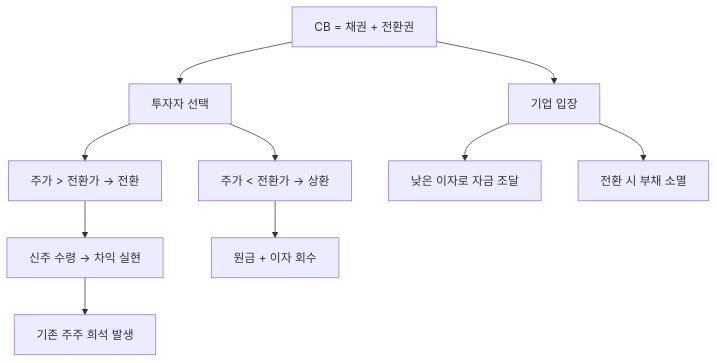
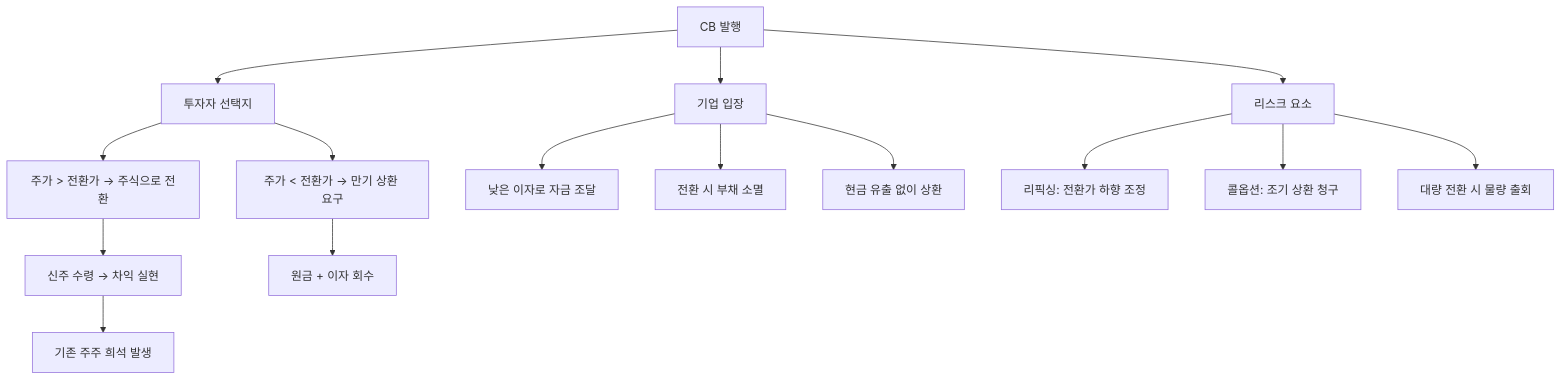
One commit to yeongseon/stock-visual-note changed the diagram in content/stock-terms/ko/level-07-earnings/convertible-bond.md. Above: the diagram before and after it, drawn with Mermaid. The commit also changed other lines of this file and 9 other files, not shown here.

Commit message:
content: rewrite level-07 (10 articles) — richer diagrams, realistic scenarios, blog tone

````diff
--- a/content/stock-terms/ko/level-07-earnings/convertible-bond.md
+++ b/content/stock-terms/ko/level-07-earnings/convertible-bond.md
@@ -42,13 +43,18 @@
 ```mermaid
 graph TD
-    A["CB = 채권 + 전환권"]
-    A --> B["투자자 선택"]
+    A["CB 발행"]
+    A --> B["투자자 선택지"]
     A --> C["기업 입장"]
-    B --> B1["주가 > 전환가 → 전환"]
-    B --> B2["주가 < 전환가 → 상환"]
-    B1 --> D["신주 수령 → 차익 실현"]
-    B2 --> E["원금 + 이자 회수"]
+    A --> D["리스크 요소"]
+    B --> B1["주가 > 전환가 → 주식으로 전환"]
+    B --> B2["주가 < 전환가 → 만기 상환 요구"]
+    B1 --> E["신주 수령 → 차익 실현"]
+    B2 --> F["원금 + 이자 회수"]
     C --> C1["낮은 이자로 자금 조달"]
     C --> C2["전환 시 부채 소멸"]
-    D --> F["기존 주주 희석 발생"]
+    C --> C3["현금 유출 없이 상환"]
+    D --> D1["리픽싱: 전환가 하향 조정"]
+    D --> D2["콜옵션: 조기 상환 청구"]
+    D --> D3["대량 전환 시 물량 출회"]
+    E --> G["기존 주주 희석 발생"]
 ```
````
